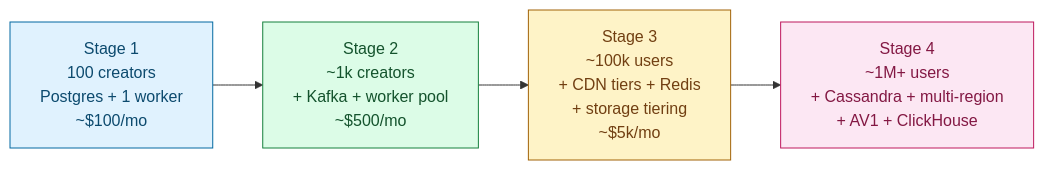
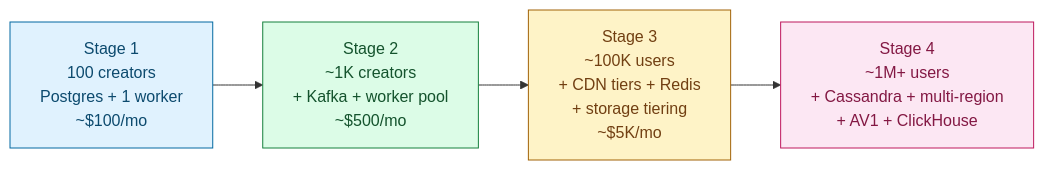
The fifth of 5 diagrams in problems/006-video-streaming/solution.md (shiningflash/system-design), drawn with Mermaid before and after one commit. The commit also changed other lines of this file and 37 other files, not shown here.

````diff
--- a/problems/006-video-streaming/solution.md
+++ b/problems/006-video-streaming/solution.md
@@ -454,14 +457,14 @@
 ```mermaid
 flowchart LR
     S1["Stage 1<br/>100 creators<br/>Postgres + 1 worker<br/>~$100/mo"]:::s1
-    S2["Stage 2<br/>~1k creators<br/>+ Kafka + worker pool<br/>~$500/mo"]:::s2
-    S3["Stage 3<br/>~100k users<br/>+ CDN tiers + Redis<br/>+ storage tiering<br/>~$5k/mo"]:::s3
+    S2["Stage 2<br/>~1K creators<br/>+ Kafka + worker pool<br/>~$500/mo"]:::s2
+    S3["Stage 3<br/>~100K users<br/>+ CDN tiers + Redis<br/>+ storage tiering<br/>~$5K/mo"]:::s3
     S4["Stage 4<br/>~1M+ users<br/>+ Cassandra + multi-region<br/>+ AV1 + ClickHouse"]:::s4
 
     S1 --> S2 --> S3 --> S4
 
     classDef s1 fill:#e0f2fe,stroke:#0369a1,color:#0c4a6e
     classDef s2 fill:#dcfce7,stroke:#15803d,color:#14532d
     classDef s3 fill:#fef3c7,stroke:#a16207,color:#713f12
     classDef s4 fill:#fce7f3,stroke:#be185d,color:#831843
 ```
````
